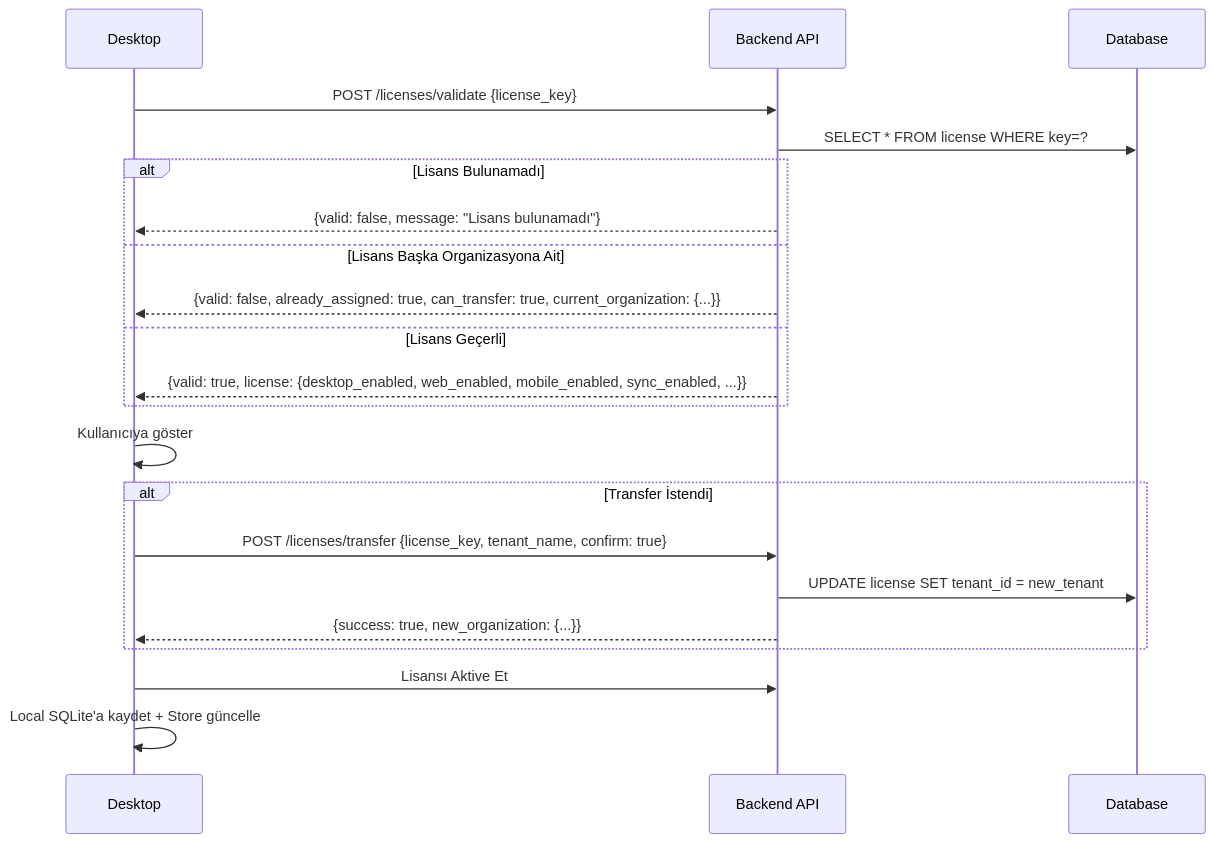
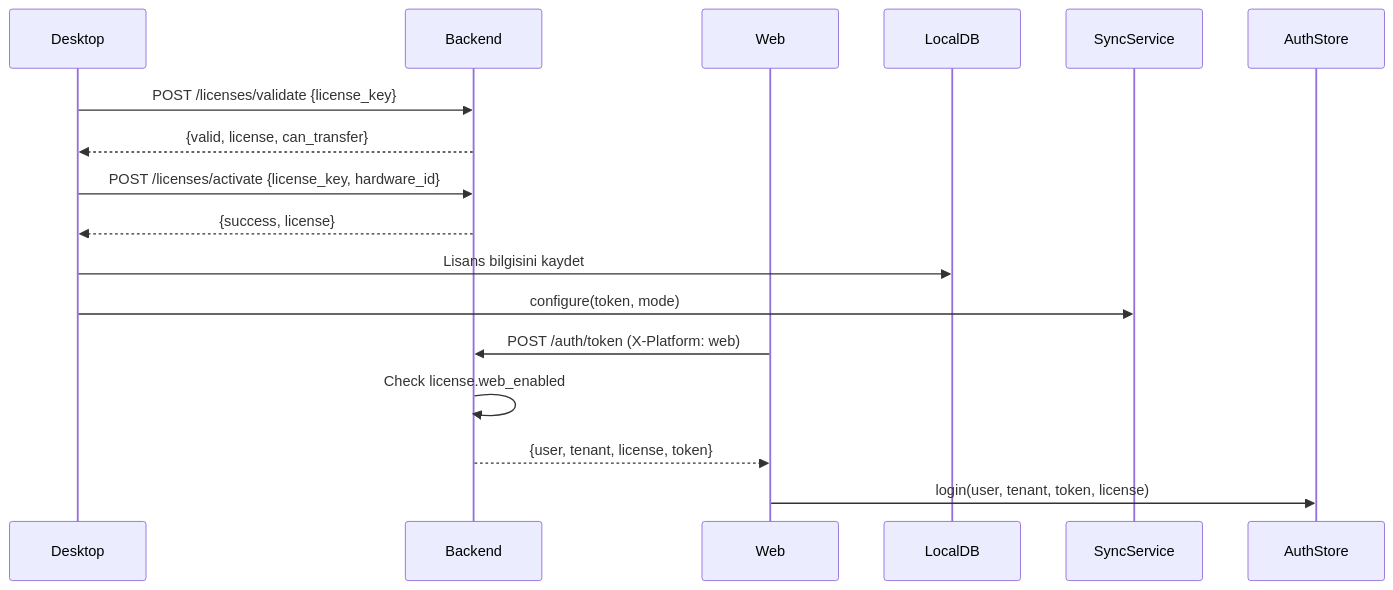
Before and after one commit to Growth-Sheriff/dernekv1: the diagram in docs/SYNC_SYSTEM.md, drawn with Mermaid. The commit also changed other lines of this file, not shown here.

Commit message:
docs: Update SYNC_SYSTEM.md with complete flow diagrams

````diff
--- a/docs/SYNC_SYSTEM.md
+++ b/docs/SYNC_SYSTEM.md
@@ -82,28 +21,21 @@
 ```mermaid
 sequenceDiagram
-    participant D as Desktop
-    participant B as Backend API
-    participant DB as Database
+    participant Desktop
+    participant Backend
+    participant Web
 
-    D->>B: POST /licenses/validate {license_key}
-    B->>DB: SELECT * FROM license WHERE key=?
+    Desktop->>Backend: POST /licenses/validate {license_key}
+    Backend-->>Desktop: {valid, license, can_transfer}
     
-    alt Lisans Bulunamadı
-        B-->>D: {valid: false, message: "Lisans bulunamadı"}
-    else Lisans Başka Organizasyona Ait
-        B-->>D: {valid: false, already_assigned: true, can_transfer: true, current_organization: {...}}
-    else Lisans Geçerli
-        B-->>D: {valid: true, license: {desktop_enabled, web_enabled, mobile_enabled, sync_enabled, ...}}
-    end
-
-    D->>D: Kullanıcıya göster
+    Desktop->>Backend: POST /licenses/activate {license_key, hardware_id}
+    Backend-->>Desktop: {success, license}
     
-    alt Transfer İstendi
-        D->>B: POST /licenses/transfer {license_key, tenant_name, confirm: true}
-        B->>DB: UPDATE license SET tenant_id = new_tenant
-        B-->>D: {success: true, new_organization: {...}}
-    end
+    Desktop->>LocalDB: Lisans bilgisini kaydet
+    Desktop->>SyncService: configure(token, mode)
     
-    D->>B: Lisansı Aktive Et
-    D->>D: Local SQLite'a kaydet + Store güncelle
+    Web->>Backend: POST /auth/token (X-Platform: web)
+    Backend->>Backend: Check license.web_enabled
+    Backend-->>Web: {user, tenant, license, token}
+    
+    Web->>AuthStore: login(user, tenant, token, license)
 ```
````
